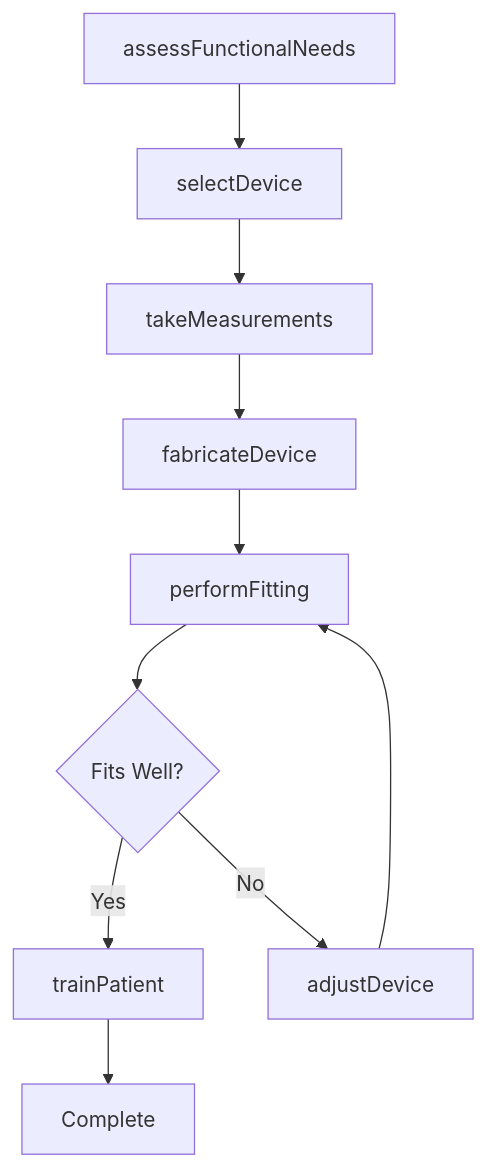
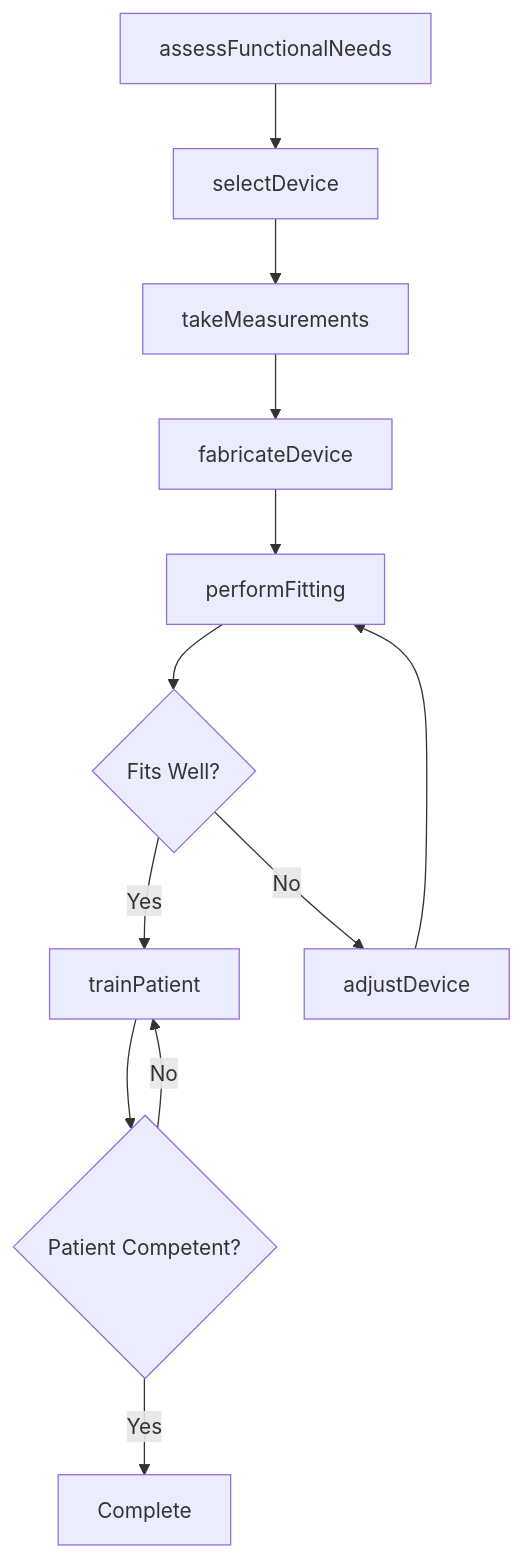
The third of 4 diagrams in AssistingAndCaringForOthers/FitAssistiveDevicesToPatientsOrClients/FitPatientsAssistiveDevices.mdx (dot-org-ai/tasks.org.ai), drawn with Mermaid before and after one commit. The commit also changed other lines of this file and 504 other files, not shown here.

First line of the commit message:
feat: Add ER diagrams, state diagrams, and workflow improvements to 96 DWA task files

````diff
--- a/AssistingAndCaringForOthers/FitAssistiveDevicesToPatientsOrClients/FitPatientsAssistiveDevices.mdx
+++ b/AssistingAndCaringForOthers/FitAssistiveDevicesToPatientsOrClients/FitPatientsAssistiveDevices.mdx
@@ -87,12 +116,14 @@
 ```mermaid
 graph TD
     A[assessFunctionalNeeds] --> B[selectDevice]
     B --> C[takeMeasurements]
     C --> D[fabricateDevice]
     D --> E[performFitting]
     E --> F{Fits Well?}
     F -->|Yes| G[trainPatient]
     F -->|No| H[adjustDevice]
     H --> E
-    G --> I[Complete]
+    G --> I{Patient Competent?}
+    I -->|Yes| J[Complete]
+    I -->|No| G
 ```
````
